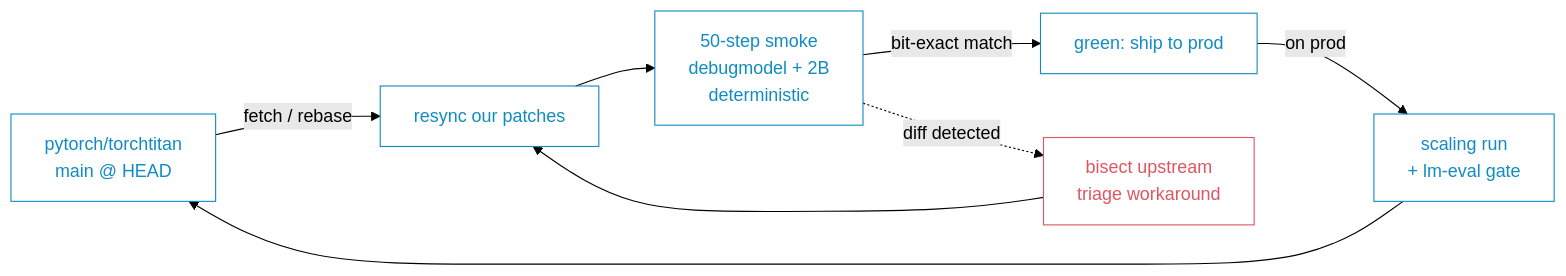
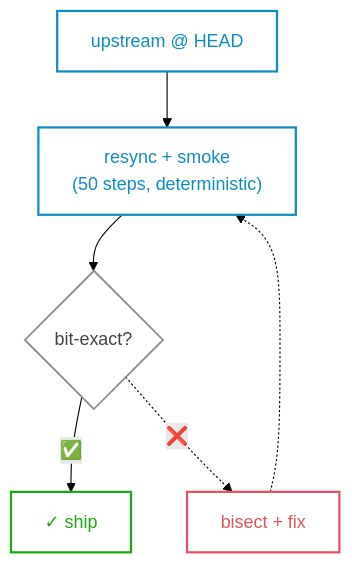
Before and after one commit to saforem2/sam.onl: the second of 4 diagrams in web/src/pages/talks/2026/06/03/index.mdx, drawn with Mermaid (forest theme). The commit also changed other lines of this file and 4 other files, not shown here.

````diff
--- a/web/src/pages/talks/2026/06/03/index.mdx
+++ b/web/src/pages/talks/2026/06/03/index.mdx
@@ -345,20 +372,17 @@
 ```mermaid
-flowchart LR
-    A["pytorch/torchtitan
-    main @ HEAD"] -->|fetch / rebase| B["resync our patches"]
-    B --> C["50-step smoke
-    debugmodel + 2B
-    deterministic"]
-    C -->|bit-exact match| D["green: ship to prod"]
-    C -.->|diff detected| E["bisect upstream
-    triage workaround"]
-    E --> B
-    D -->|on prod| F["scaling run
-    + lm-eval gate"]
-    F --> A
+flowchart TB
+    A["upstream @ HEAD"] --> B["resync + smoke<br/>(50 steps, deterministic)"]
+    B --> D{"bit-exact?"}
+    D -->|✅| C["✓ ship"]
+    D -.->|❌️| F["bisect + fix"]
+    F -.-> B
 
-    classDef stage fill:transparent,stroke:#118cc2,color:#118cc2
-    classDef bad fill:transparent,stroke:#e05560,color:#e05560
-    class A,B,C,D,F stage
-    class E bad
+    classDef stage fill:transparent,stroke:#118cc2,color:#118cc2,stroke-width:2px
+    classDef ship  fill:transparent,stroke:#1da811,color:#1da811,stroke-width:2px
+    classDef gate  fill:transparent,stroke:#888,color:#444,stroke-width:1.5px
+    classDef bad   fill:transparent,stroke:#e05560,color:#e05560,stroke-width:2px
+    class A,B stage
+    class D gate
+    class C ship
+    class F bad
 ```
````
